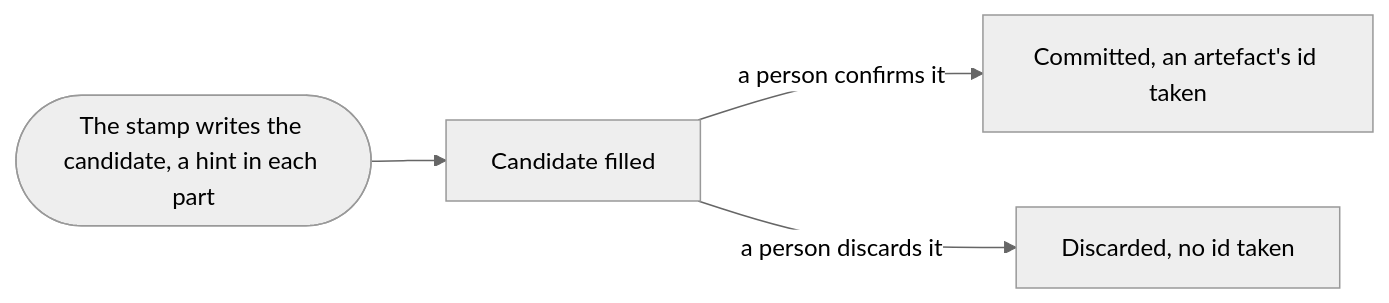
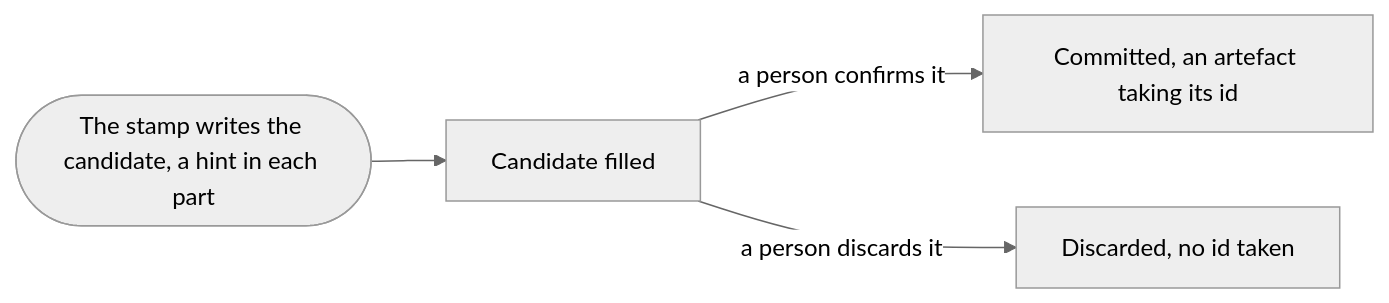
Before and after one commit to aleskalfas/project-kit: the second of 2 diagrams in tech-docs/analysis/software-analysis/domain-model/030-kinds-and-structures.md, drawn with Mermaid (neutral theme). The commit also changed other lines of this file and 1 other file, not shown here.

Commit message:
docs: view 030 names whose id a committed candidate takes and keeps a tightening's edits whole, and living-docs' Why says where a method is changed

````diff
--- a/tech-docs/analysis/software-analysis/domain-model/030-kinds-and-structures.md
+++ b/tech-docs/analysis/software-analysis/domain-model/030-kinds-and-structures.md
@@ -56,8 +56,8 @@
 ```mermaid
 flowchart LR
   accTitle: How a candidate moves
-  accDescr: The stamp writes a candidate with a hint in each part. A writer fills the parts and deletes the hints. A person confirms the candidate, which is committed, an artefact taking its id, or discards it.
+  accDescr: The stamp writes a candidate with a hint in each part. A writer fills the parts and deletes the hints. A person confirms the candidate or discards it. A confirmed candidate is committed, and one that is an artefact takes its id.
   stamped([The stamp writes the candidate, a hint in each part]) --> filled[Candidate filled]
-  filled -->|a person confirms it| committed[Committed, an artefact's id taken]
+  filled -->|a person confirms it| committed[Committed, an artefact taking its id]
   filled -->|a person discards it| discarded[Discarded, no id taken]
 ```
````
